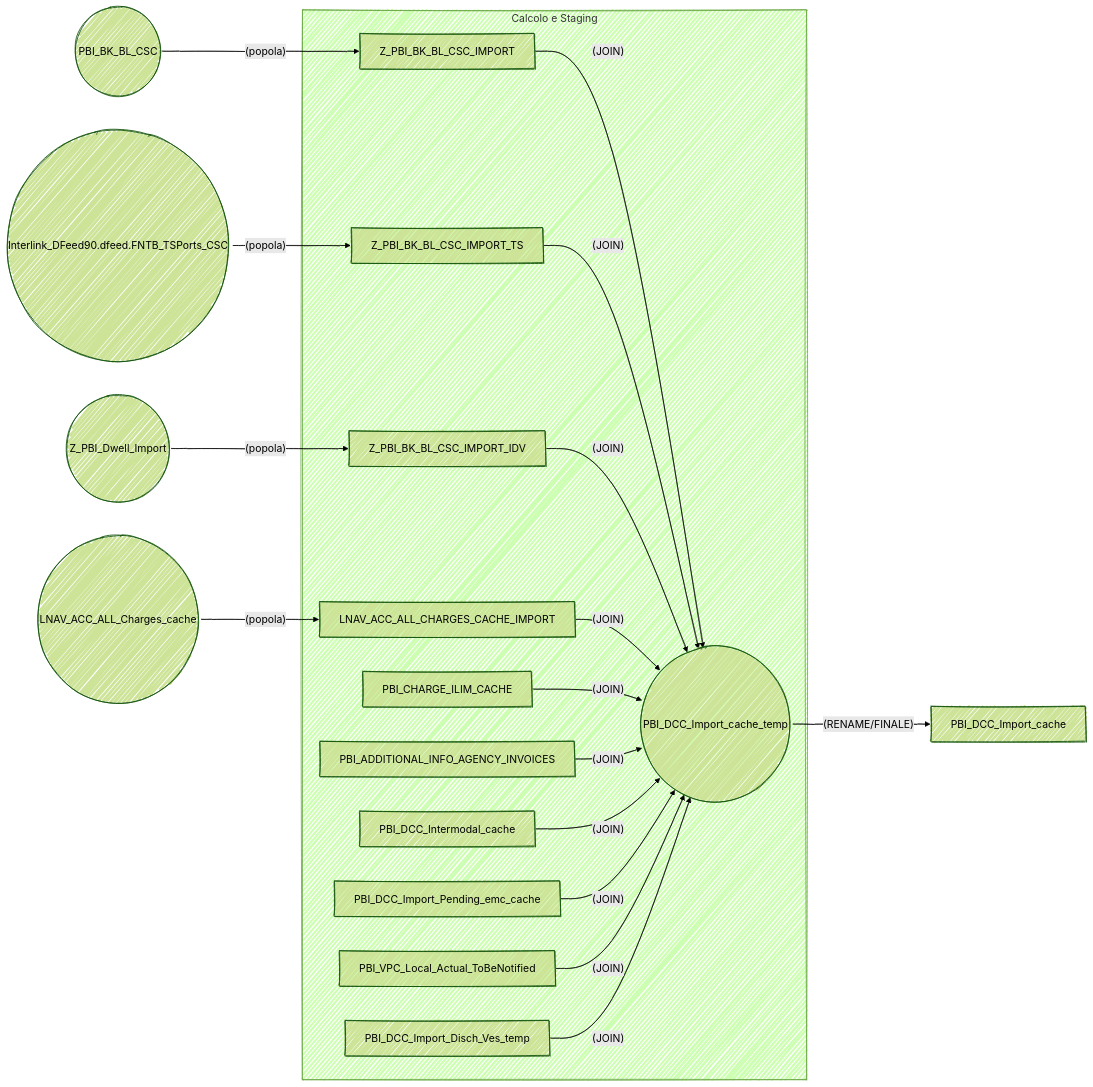
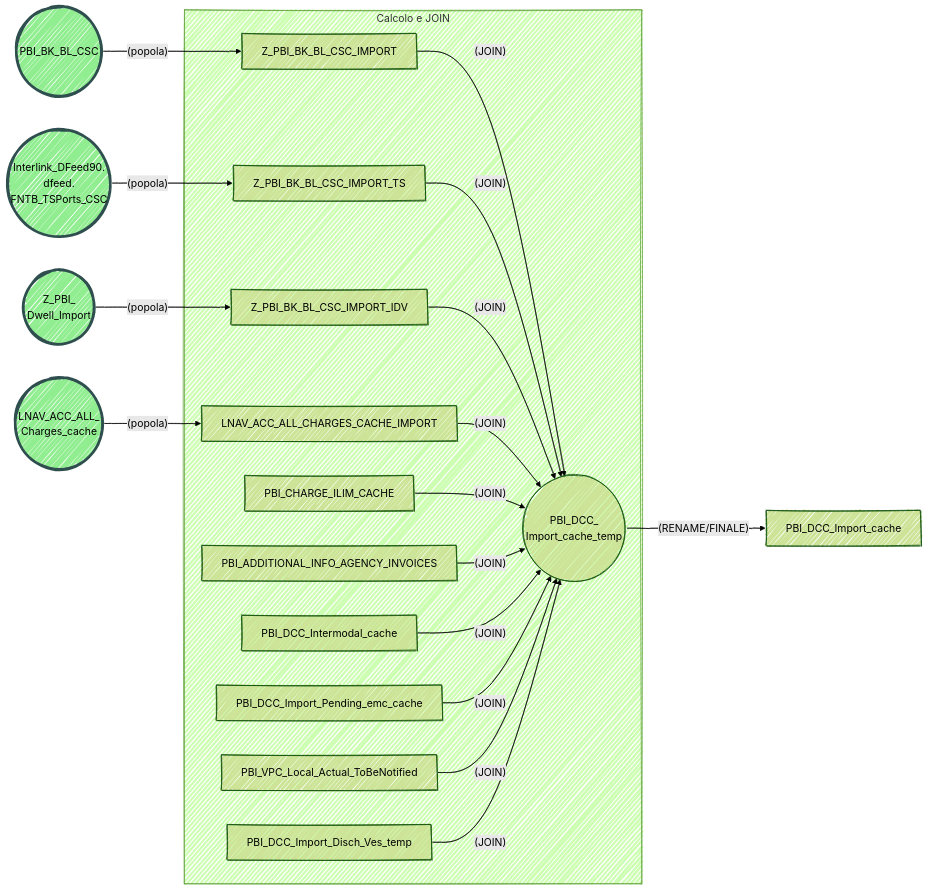
One commit to grellag/Project_Python changed the diagram in DCC_Import_Live/main_flow.MD. Above: the diagram before and after it, drawn with Mermaid.

Commit message:
Aggiunti andata a capo

````diff
--- a/DCC_Import_Live/main_flow.MD
+++ b/DCC_Import_Live/main_flow.MD
@@ -1,27 +1,39 @@
 ```mermaid
 ---
 config:
   look: handDrawn
   theme: forest
 ---
 flowchart LR
+
+
+    %% Definizione di una classe "verde" con sfondo + bordo
+    classDef verde fill:#90EE90,stroke:#2F4F4F,stroke-width:4px
+
+
     A((PBI_BK_BL_CSC)) --(popola)--> Z_PBI_BK_BL_CSC_IMPORT
-    A1((LNAV_ACC_ALL_Charges_cache)) --(popola)--> LNAV_ACC_ALL_CHARGES_CACHE_IMPORT
-    A2((Interlink_DFeed90.dfeed.FNTB_TSPorts_CSC)) --(popola)--> Z_PBI_BK_BL_CSC_IMPORT_TS
-    A3((Z_PBI_Dwell_Import)) --(popola)--> Z_PBI_BK_BL_CSC_IMPORT_IDV
+    A1((LNAV_ACC_ALL_<br/>Charges_cache)) --(popola)--> LNAV_ACC_ALL_CHARGES_CACHE_IMPORT
+    A2((Interlink_DFeed90.<br/>dfeed.<br/>FNTB_TSPorts_CSC)) --(popola)--> Z_PBI_BK_BL_CSC_IMPORT_TS
+    A3((Z_PBI_<br/>Dwell_Import)) --(popola)--> Z_PBI_BK_BL_CSC_IMPORT_IDV
 
-    subgraph Calcolo e Staging
-      Z_PBI_BK_BL_CSC_IMPORT --(JOIN)--> T((PBI_DCC_Import_cache_temp))
+    subgraph Calcolo e JOIN
+      Z_PBI_BK_BL_CSC_IMPORT --(JOIN)--> T((PBI_DCC_<br/>Import_cache_temp))
       Z_PBI_BK_BL_CSC_IMPORT_TS --(JOIN)--> T
       Z_PBI_BK_BL_CSC_IMPORT_IDV --(JOIN)--> T
       LNAV_ACC_ALL_CHARGES_CACHE_IMPORT --(JOIN)--> T
       PBI_CHARGE_ILIM_CACHE --(JOIN)--> T
       PBI_ADDITIONAL_INFO_AGENCY_INVOICES --(JOIN)--> T
       PBI_DCC_Intermodal_cache --(JOIN)--> T
       PBI_DCC_Import_Pending_emc_cache --(JOIN)--> T
       PBI_VPC_Local_Actual_ToBeNotified --(JOIN)--> T
       PBI_DCC_Import_Disch_Ves_temp --(JOIN)--> T
     end
 
     T --(RENAME/FINALE)--> PBI_DCC_Import_cache
+
+
+    %% Assegnazione della classe "verde" ai 4 nodi
+    class A,A1,A2,A3 verde
+
+
 ```
````
